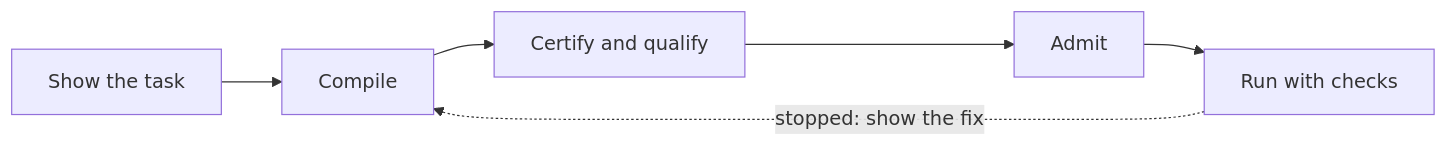
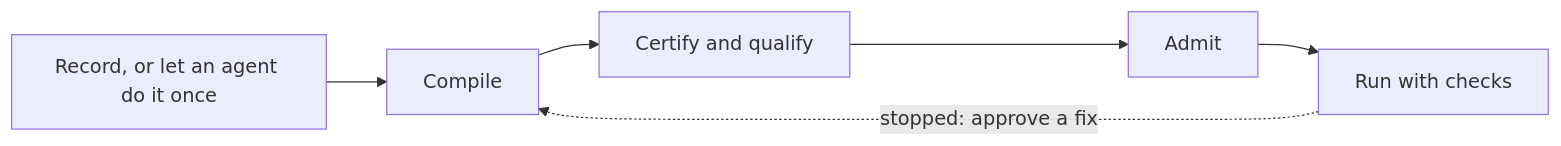
Before and after one commit to OpenAdaptAI/OpenAdapt: the diagram in README.md, drawn with Mermaid. The commit also changed other lines of this file, not shown here.

First line of the commit message:
docs(readme): lead with compile and check every save

````diff
--- a/README.md
+++ b/README.md
@@ -82,5 +157,5 @@
 ```mermaid
 flowchart LR
-    S["Show the task"] --> C["Compile"] --> Q["Certify and qualify"] --> A["Admit"] --> R["Run with checks"]
-    R -.->|"stopped: show the fix"| C
+    S["Record, or let an agent do it once"] --> C["Compile"] --> Q["Certify and qualify"] --> A["Admit"] --> R["Run with checks"]
+    R -.->|"stopped: approve a fix"| C
 ```
````
